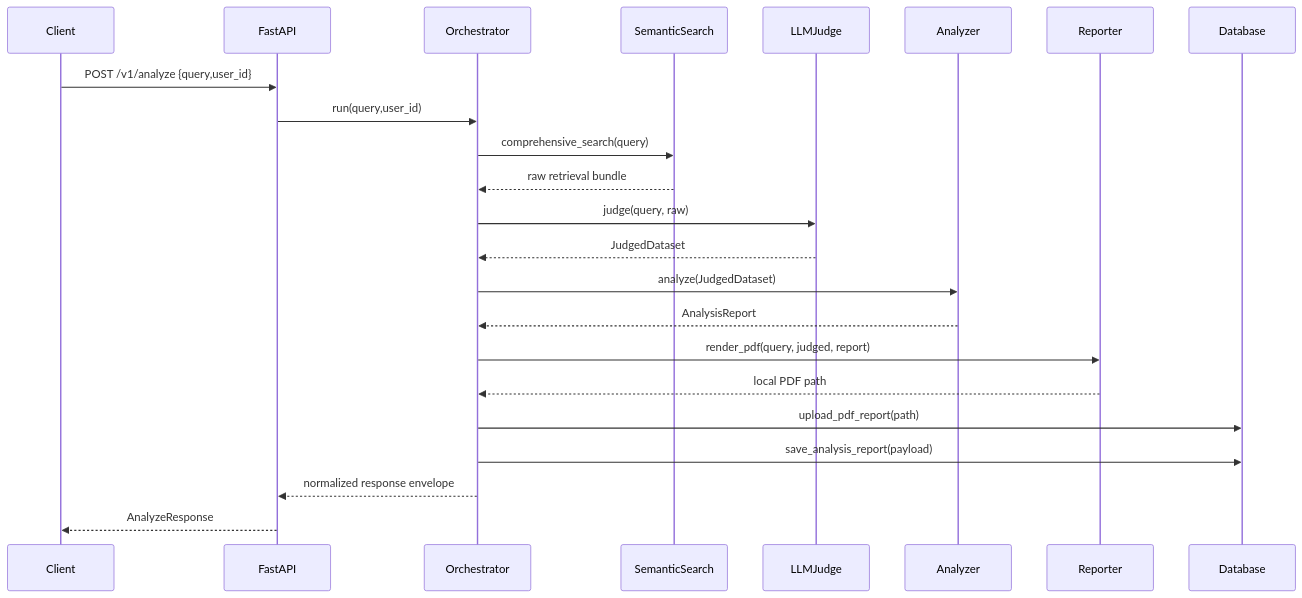
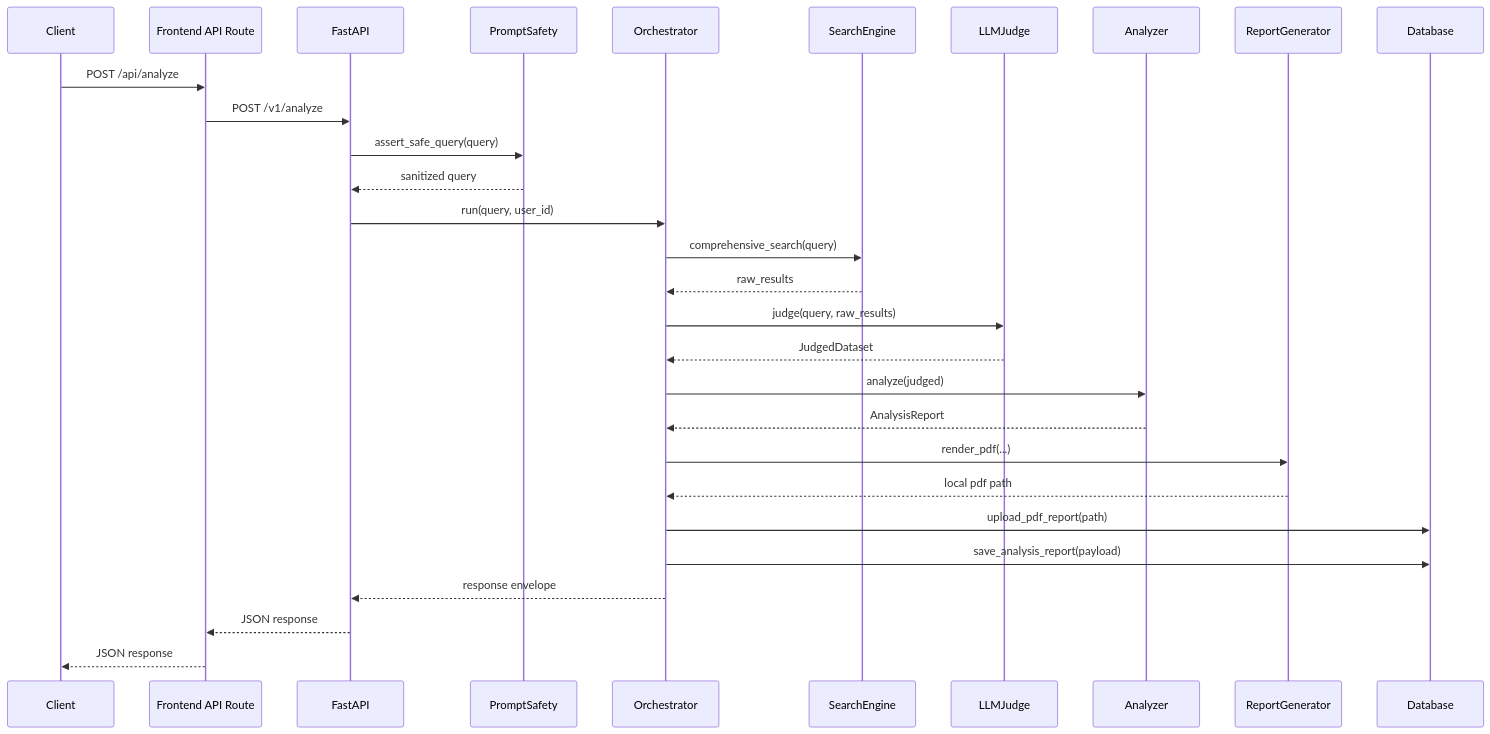
One commit to neelamnagarajgithub/MarketScoutAgent changed the fourth of 7 diagrams in README.md. Above: the diagram before and after it, drawn with Mermaid. The commit also changed other lines of this file, not shown here.

````diff
--- a/README.md
+++ b/README.md
@@ -75,26 +112,32 @@
 ```mermaid
 sequenceDiagram
-		participant C as Client
-		participant API as FastAPI
-		participant OR as Orchestrator
-		participant SS as SemanticSearch
-		participant JD as LLMJudge
-		participant AN as Analyzer
-		participant RP as Reporter
-		participant DB as Database
+  participant C as Client
+  participant F as Frontend API Route
+  participant A as FastAPI
+  participant S as PromptSafety
+  participant O as Orchestrator
+  participant R as SearchEngine
+  participant J as LLMJudge
+  participant N as Analyzer
+  participant P as ReportGenerator
+  participant D as Database
 
-		C->>API: POST /v1/analyze {query,user_id}
-		API->>OR: run(query,user_id)
-		OR->>SS: comprehensive_search(query)
-		SS-->>OR: raw retrieval bundle
-		OR->>JD: judge(query, raw)
-		JD-->>OR: JudgedDataset
-		OR->>AN: analyze(JudgedDataset)
-		AN-->>OR: AnalysisReport
-		OR->>RP: render_pdf(query, judged, report)
-		RP-->>OR: local PDF path
-		OR->>DB: upload_pdf_report(path)
-		OR->>DB: save_analysis_report(payload)
-		OR-->>API: normalized response envelope
-		API-->>C: AnalyzeResponse
+  C->>F: POST /api/analyze
+  F->>A: POST /v1/analyze
+  A->>S: assert_safe_query(query)
+  S-->>A: sanitized query
+  A->>O: run(query, user_id)
+  O->>R: comprehensive_search(query)
+  R-->>O: raw_results
+  O->>J: judge(query, raw_results)
+  J-->>O: JudgedDataset
+  O->>N: analyze(judged)
+  N-->>O: AnalysisReport
+  O->>P: render_pdf(...)
+  P-->>O: local pdf path
+  O->>D: upload_pdf_report(path)
+  O->>D: save_analysis_report(payload)
+  O-->>A: response envelope
+  A-->>F: JSON response
+  F-->>C: JSON response
 ```
````
